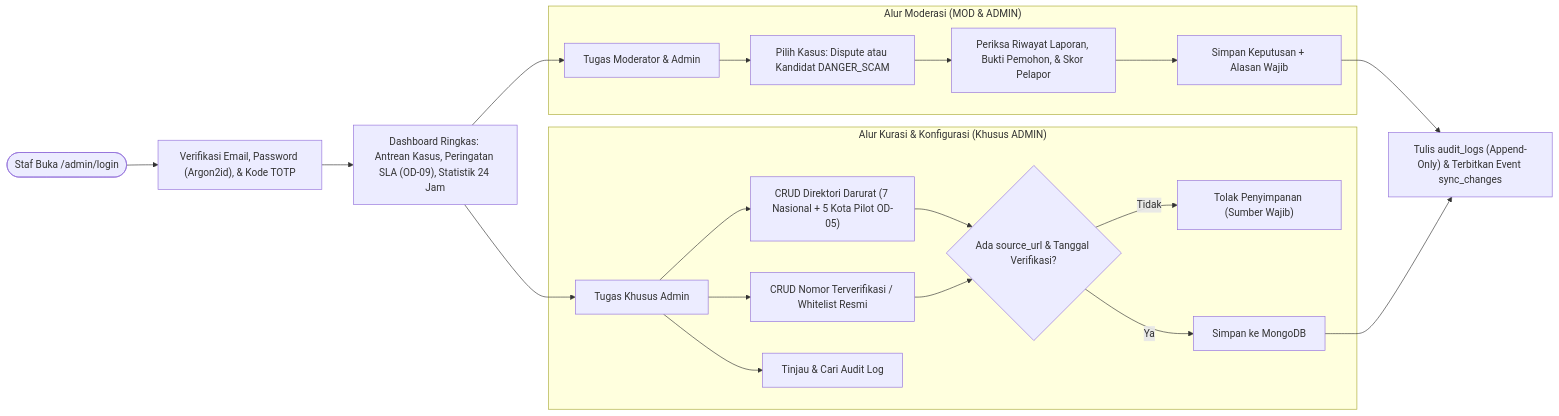
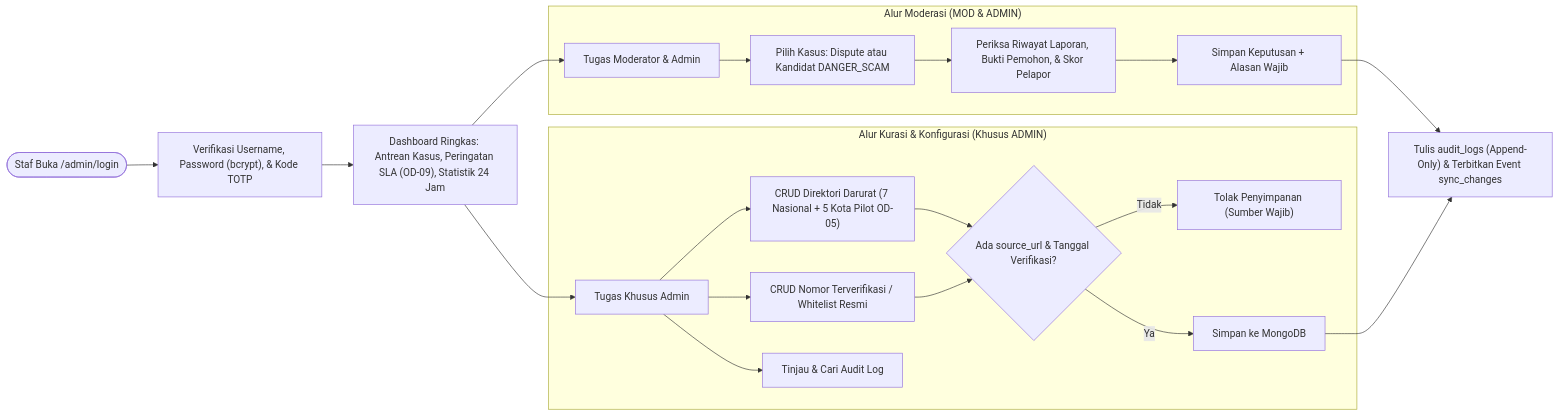
One commit to CallTag/CallTag changed diagram 14 of 17 in docs/planning/13-DIAGRAM-SISTEM.md. Above: the diagram before and after it, drawn with Mermaid. The commit also changed 101 other files, not shown here.

````diff
--- a/docs/planning/13-DIAGRAM-SISTEM.md
+++ b/docs/planning/13-DIAGRAM-SISTEM.md
@@ -583,26 +583,26 @@
 ```mermaid
 flowchart LR
-    LOGIN(["Staf Buka /admin/login"]) --> AUTH["Verifikasi Email, Password (Argon2id), & Kode TOTP"]
+    LOGIN(["Staf Buka /admin/login"]) --> AUTH["Verifikasi Username, Password (bcrypt), & Kode TOTP"]
     AUTH --> DASH["Dashboard Ringkas: Antrean Kasus, Peringatan SLA (OD-09), Statistik 24 Jam"]
 
     DASH --> T_MOD["Tugas Moderator & Admin"]
     DASH --> T_ADM["Tugas Khusus Admin"]
 
     subgraph ModFlow["Alur Moderasi (MOD & ADMIN)"]
         T_MOD --> Q_LIST["Pilih Kasus: Dispute atau Kandidat DANGER_SCAM"]
         Q_LIST --> INSPECT["Periksa Riwayat Laporan, Bukti Pemohon, & Skor Pelapor"]
         INSPECT --> DECIDE["Simpan Keputusan + Alasan Wajib"]
     end
 
     subgraph AdmFlow["Alur Kurasi & Konfigurasi (Khusus ADMIN)"]
         T_ADM --> DIR_EDIT["CRUD Direktori Darurat (7 Nasional + 5 Kota Pilot OD-05)"]
         T_ADM --> WL_EDIT["CRUD Nomor Terverifikasi / Whitelist Resmi"]
         T_ADM --> AUD_VIEW["Tinjau & Cari Audit Log"]
         DIR_EDIT & WL_EDIT --> CHK_SRC{"Ada source_url & Tanggal Verifikasi?"}
         CHK_SRC -- "Tidak" --> REJ_SRC["Tolak Penyimpanan (Sumber Wajib)"]
         CHK_SRC -- "Ya" --> SAVE_CUR["Simpan ke MongoDB"]
     end
 
     DECIDE --> WRITE_AUD["Tulis audit_logs (Append-Only) & Terbitkan Event sync_changes"]
     SAVE_CUR --> WRITE_AUD
 ```
````
